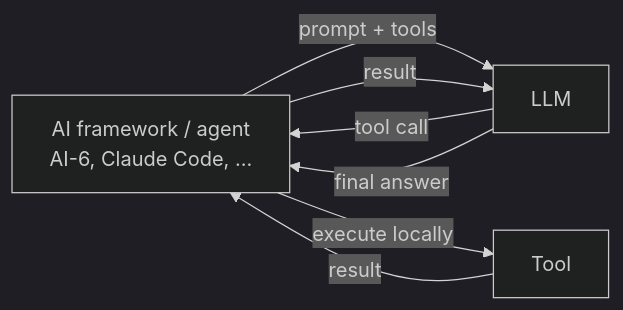
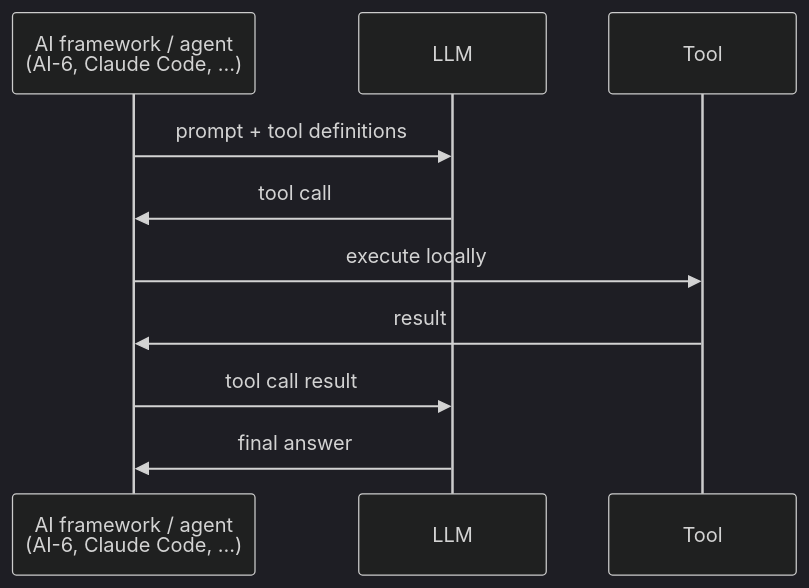
One commit to the-gigi/summit-ai-mcp-demo changed the first of 3 diagrams in slides/slides.md. Above: the diagram before and after it, drawn with Mermaid (dark theme). The commit also changed other lines of this file and 6 other files, not shown here.

````diff
--- a/slides/slides.md
+++ b/slides/slides.md
@@ -79,9 +85,12 @@
-```mermaid {scale: 0.78}
-flowchart LR
-  A[AI framework / agent<br/>AI-6, Claude Code, ...] -->|prompt + tools| B[LLM]
-  B -->|tool call| A
-  A -->|execute locally| C[Tool]
-  C -->|result| A
-  A -->|result| B
-  B -->|final answer| A
+```mermaid {scale: 0.52}
+sequenceDiagram
+  participant A as AI framework / agent<br/>(AI-6, Claude Code, …)
+  participant B as LLM
+  participant C as Tool
+  A->>B: prompt + tool definitions
+  B->>A: tool call
+  A->>C: execute locally
+  C->>A: result
+  A->>B: tool call result
+  B->>A: final answer
 ```
````
